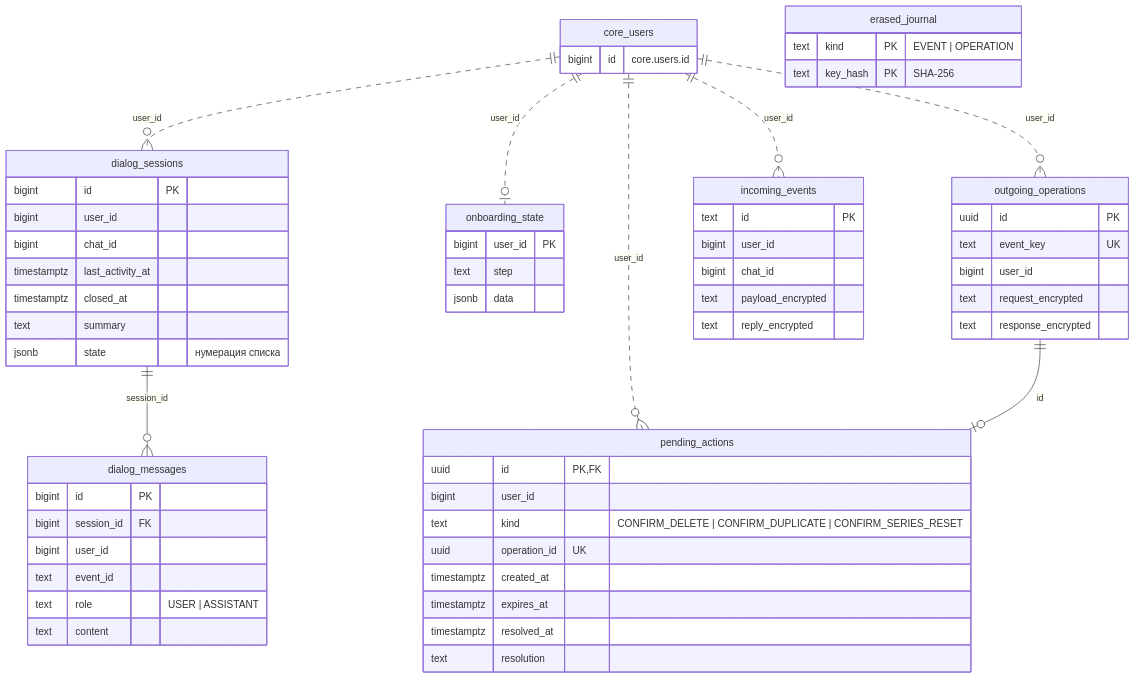
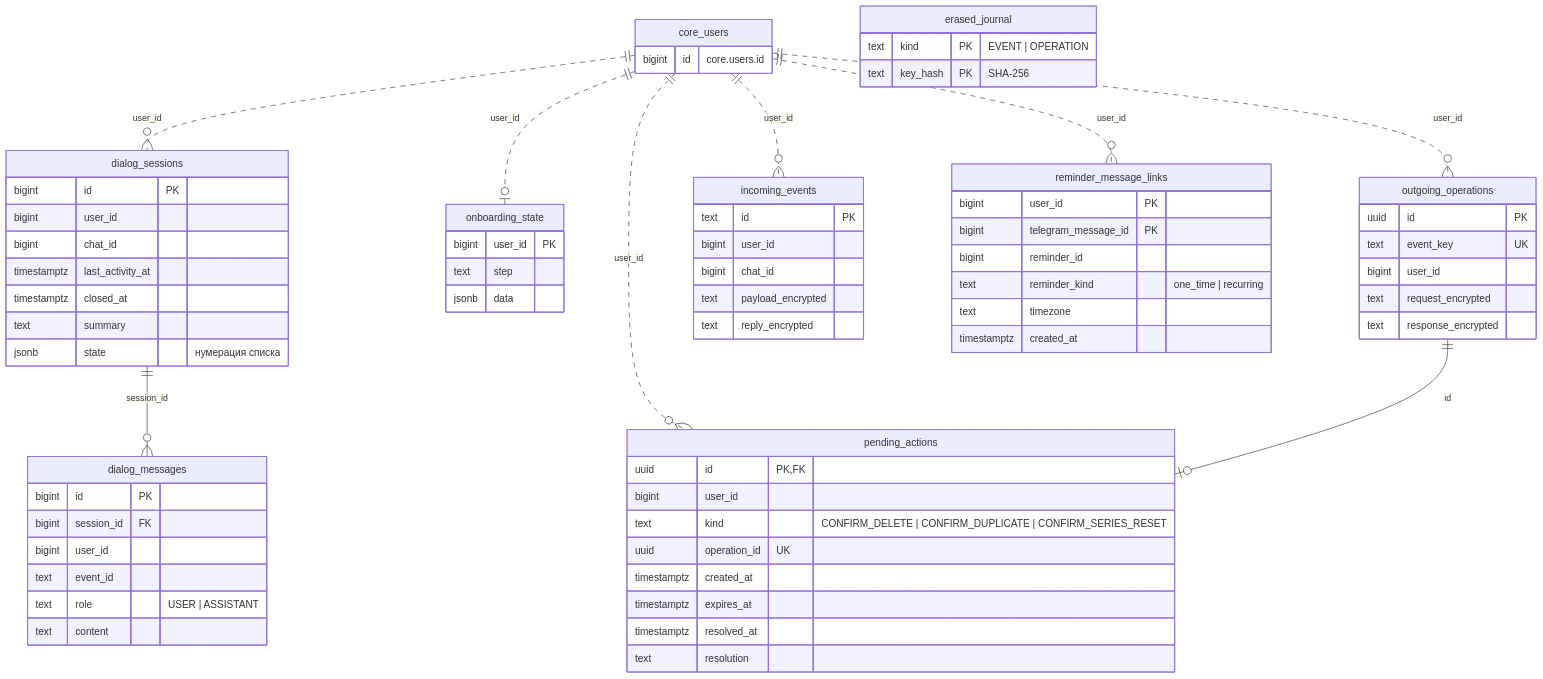
Before and after one commit to 1Avalanche/theseus: the second of 4 diagrams in docs/database.md, drawn with Mermaid. The commit also changed other lines of this file and 49 other files, not shown here.

````diff
--- a/docs/database.md
+++ b/docs/database.md
@@ -114,64 +115,73 @@
 ```mermaid
 erDiagram
     core_users ||..o{ dialog_sessions : "user_id"
     core_users ||..o{ pending_actions : "user_id"
     core_users ||..o| onboarding_state : "user_id"
     core_users ||..o{ outgoing_operations : "user_id"
     core_users ||..o{ incoming_events : "user_id"
+    core_users ||..o{ reminder_message_links : "user_id"
     dialog_sessions ||--o{ dialog_messages : "session_id"
     outgoing_operations ||--o| pending_actions : "id"
 
     core_users {
         bigint id "core.users.id"
     }
     dialog_sessions {
         bigint id PK
         bigint user_id
         bigint chat_id
         timestamptz last_activity_at
         timestamptz closed_at
         text summary
         jsonb state "нумерация списка"
     }
     dialog_messages {
         bigint id PK
         bigint session_id FK
         bigint user_id
         text event_id
         text role "USER | ASSISTANT"
         text content
+    }
+    reminder_message_links {
+        bigint user_id PK
+        bigint telegram_message_id PK
+        bigint reminder_id
+        text reminder_kind "one_time | recurring"
+        text timezone
+        timestamptz created_at
     }
     pending_actions {
         uuid id PK,FK
         bigint user_id
         text kind "CONFIRM_DELETE | CONFIRM_DUPLICATE | CONFIRM_SERIES_RESET"
         uuid operation_id UK
         timestamptz created_at
         timestamptz expires_at
         timestamptz resolved_at
         text resolution
     }
     onboarding_state {
         bigint user_id PK
         text step
         jsonb data
     }
     outgoing_operations {
         uuid id PK
         text event_key UK
         bigint user_id
         text request_encrypted
         text response_encrypted
     }
     incoming_events {
         text id PK
         bigint user_id
         bigint chat_id
         text payload_encrypted
         text reply_encrypted
     }
     erased_journal {
         text kind PK "EVENT | OPERATION"
         text key_hash PK "SHA-256"
     }
 ```
````
